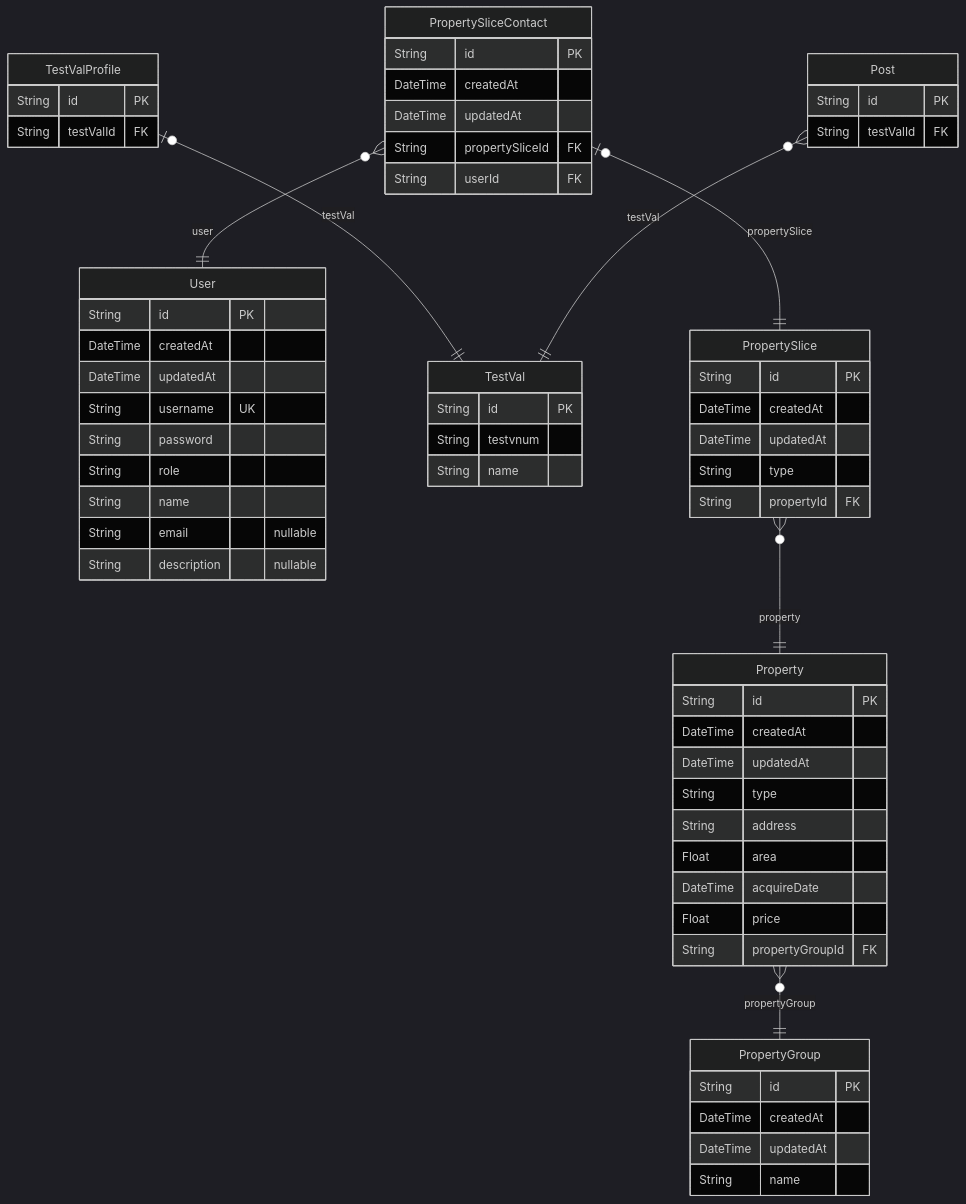
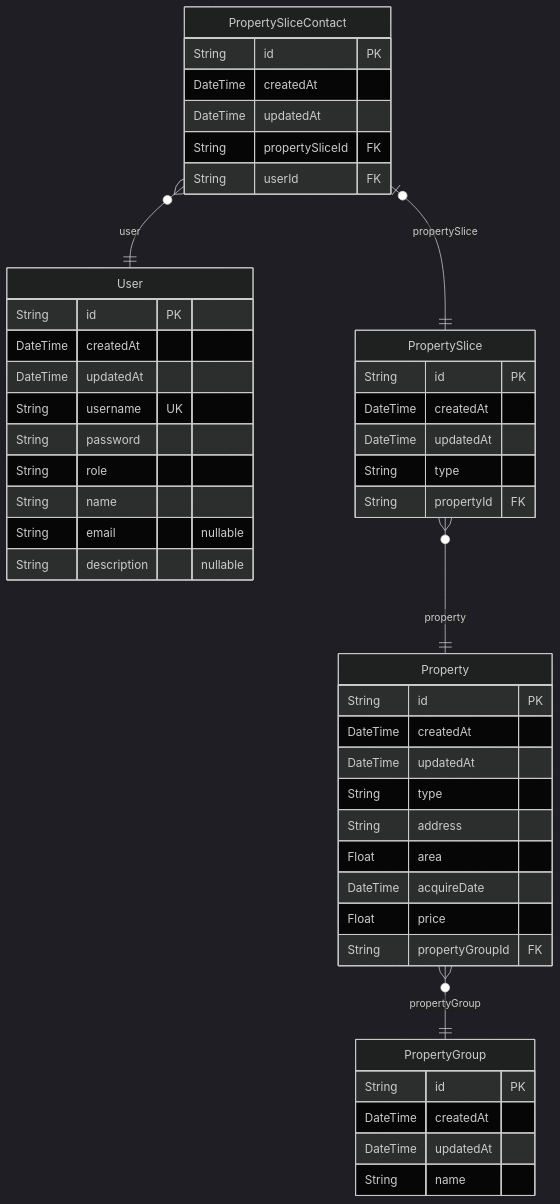
One commit to Val0429/taiwan-life-insurance changed the diagram in generated/packages/ERD.md. Above: the diagram before and after it, drawn with Mermaid (dark theme). The commit also changed other lines of this file and 1 other file, not shown here.

````diff
--- a/generated/packages/ERD.md
+++ b/generated/packages/ERD.md
@@ -7,64 +9,49 @@
 ```mermaid
 erDiagram
 "User" {
     String id PK
     DateTime createdAt
     DateTime updatedAt
     String username UK
     String password
     String role
     String name
     String email "nullable"
     String description "nullable"
-}
-"TestVal" {
-    String id PK
-    String testvnum
-    String name
-}
-"TestValProfile" {
-    String id PK
-    String testValId FK
-}
-"Post" {
-    String id PK
-    String testValId FK
 }
 "PropertyGroup" {
     String id PK
     DateTime createdAt
     DateTime updatedAt
     String name
 }
 "Property" {
     String id PK
     DateTime createdAt
     DateTime updatedAt
     String type
     String address
     Float area
     DateTime acquireDate
     Float price
     String propertyGroupId FK
 }
 "PropertySlice" {
     String id PK
     DateTime createdAt
     DateTime updatedAt
     String type
     String propertyId FK
 }
 "PropertySliceContact" {
     String id PK
     DateTime createdAt
     DateTime updatedAt
     String propertySliceId FK
     String userId FK
 }
-"TestValProfile" |o--|| "TestVal" : testVal
-"Post" }o--|| "TestVal" : testVal
 "Property" }o--|| "PropertyGroup" : propertyGroup
 "PropertySlice" }o--|| "Property" : property
 "PropertySliceContact" |o--|| "PropertySlice" : propertySlice
 "PropertySliceContact" }o--|| "User" : user
 ```
````
